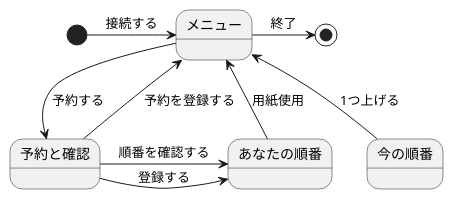
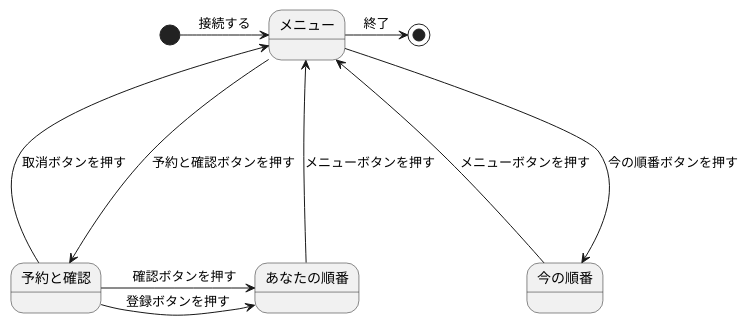
The diagram in 演習6-3_ステートマシン図_診察予約システム.pu (Takhshi/uml-introduction), drawn with PlantUML before and after one commit. The commit also changed 1 other file, not shown here.

```diff
--- a/演習6-3_ステートマシン図_診察予約システム.pu
+++ b/演習6-3_ステートマシン図_診察予約システム.pu
@@ -1,11 +1,12 @@
 @startuml 演習6-3-2
 ' left to right direction
-[*] -right-> メニュー: 接続する
-メニュー --> 予約と確認: 予約する
-予約と確認 --> メニュー: 予約を登録する
-予約と確認 -> あなたの順番: 登録する
-予約と確認 -> あなたの順番: 順番を確認する
-あなたの順番 -up-> メニュー: 用紙使用
-今の順番 -up-> メニュー: 1つ上げる
+[*] -right--> メニュー: 接続する
+メニュー ----> 予約と確認: 予約と確認ボタンを押す
+予約と確認 --> メニュー: 取消ボタンを押す
+予約と確認 -right-> あなたの順番: 登録ボタンを押す
+予約と確認 -right-> あなたの順番:　確認ボタンを押す
+あなたの順番 --up--> メニュー: メニューボタンを押す
+今の順番 ----> メニュー: メニューボタンを押す
+メニュー --> 今の順番: 今の順番ボタンを押す
 メニュー -right-> [*]: 終了
 @enduml
```
